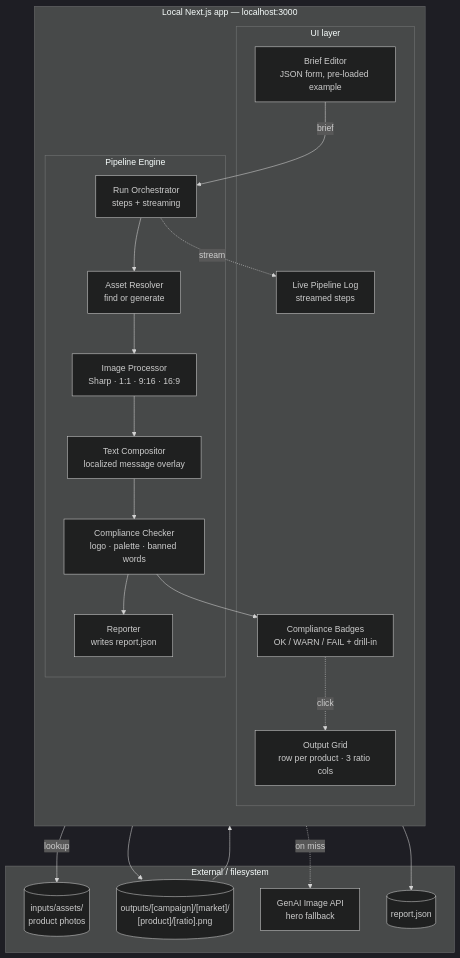
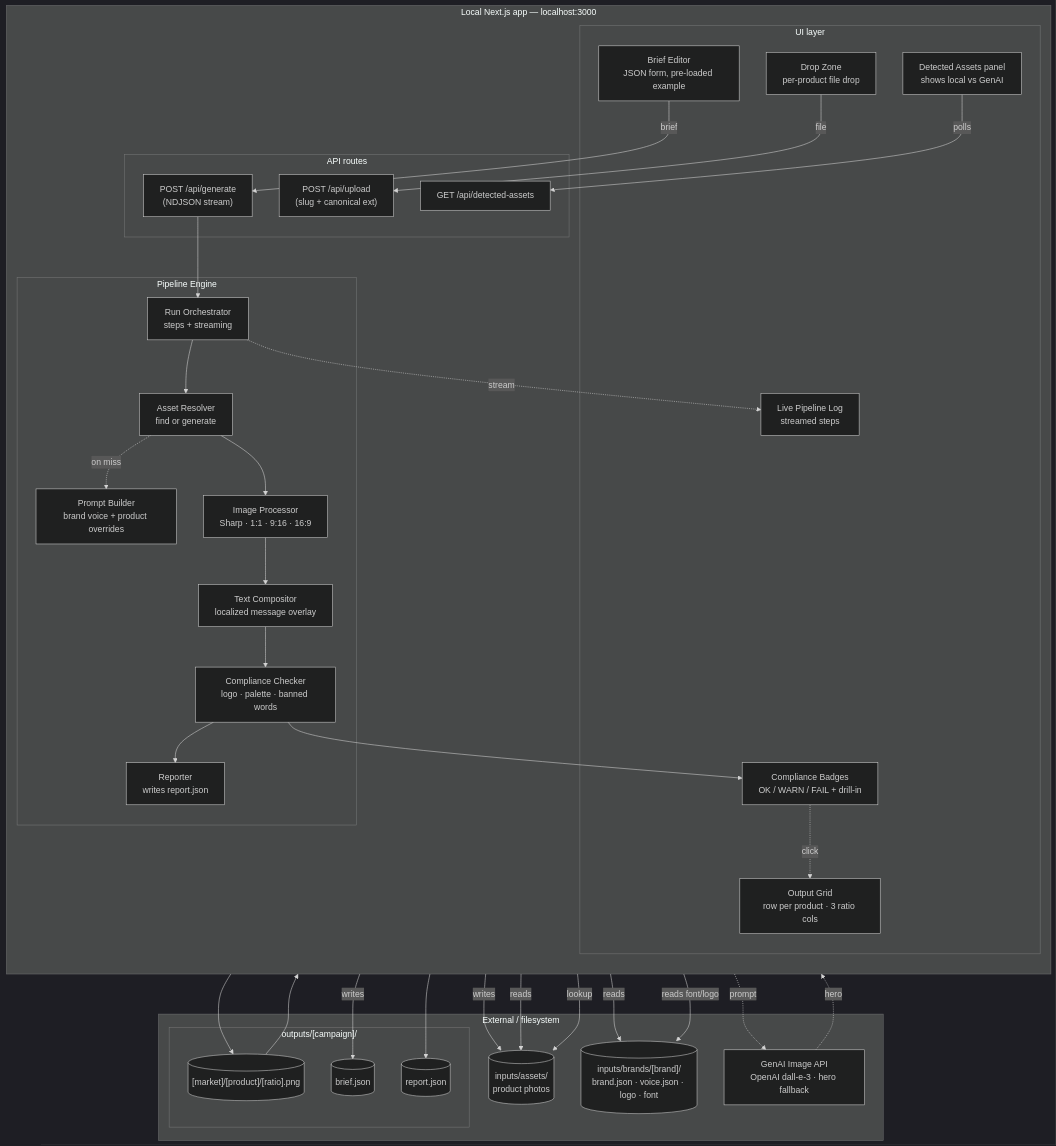
The third of 5 diagrams in docs/system-map.md (arndvs/cast), drawn with Mermaid (dark theme) before and after one commit. The commit also changed other lines of this file, not shown here.

Commit message:
docs(system-map): nest report.json, add upload+detected flow, brand profile
- Capitalize 'Same system, three lenses.'
- Nest brief.json/report.json/outputs under outputs/[campaign]/ cluster
- Add Drop Zone + Detected Assets panel + API routes (upload, detected, generate)
- Add inputs/brands/[brand]/ profile node read by Resolver/Prompt Builder/Compositor
- Add Prompt Builder subsystem (brand voice + product overrides → GenAI)
- Coverage table now reports drop/detected/brand-profile/brief.json verbs

````diff
--- a/docs/system-map.md
+++ b/docs/system-map.md
@@ -84,44 +84,67 @@
 ```mermaid
 graph TB
     subgraph External["External / filesystem"]
         Inputs[("inputs/assets/<br/>product photos")]
-        Outputs[("outputs/[campaign]/[market]/<br/>[product]/[ratio].png")]
-        GenAI["GenAI Image API<br/>hero fallback"]
-        ReportFile[("report.json")]
+        BrandProfile[("inputs/brands/[brand]/<br/>brand.json · voice.json · logo · font")]
+        subgraph CampaignOut["outputs/[campaign]/"]
+            Outputs[("[market]/[product]/[ratio].png")]
+            BriefFile[("brief.json")]
+            ReportFile[("report.json")]
+        end
+        GenAI["GenAI Image API<br/>OpenAI dall-e-3 · hero fallback"]
     end
 
     subgraph App["Local Next.js app — localhost:3000"]
         direction TB
 
         subgraph UI["UI layer"]
             Editor["Brief Editor<br/>JSON form, pre-loaded example"]
+            DropZone["Drop Zone<br/>per-product file drop"]
+            DetectedPanel["Detected Assets panel<br/>shows local vs GenAI"]
             LogView["Live Pipeline Log<br/>streamed steps"]
             Grid["Output Grid<br/>row per product · 3 ratio cols"]
             BadgeUI["Compliance Badges<br/>OK / WARN / FAIL + drill-in"]
         end
 
+        subgraph API["API routes"]
+            UploadAPI["POST /api/upload<br/>(slug + canonical ext)"]
+            DetectedAPI["GET /api/detected-assets"]
+            GenerateAPI["POST /api/generate<br/>(NDJSON stream)"]
+        end
+
         subgraph Engine["Pipeline Engine"]
             Orchestrator["Run Orchestrator<br/>steps + streaming"]
             Resolver["Asset Resolver<br/>find or generate"]
+            PromptBuilder["Prompt Builder<br/>brand voice + product overrides"]
             Resizer["Image Processor<br/>Sharp · 1:1 · 9:16 · 16:9"]
             Compositor["Text Compositor<br/>localized message overlay"]
             Checker["Compliance Checker<br/>logo · palette · banned words"]
             Reporter["Reporter<br/>writes report.json"]
         end
     end
 
-    Editor -->|brief| Orchestrator
+    Editor -->|brief| GenerateAPI
+    DropZone -->|file| UploadAPI
+    UploadAPI -->|writes| Inputs
+    DetectedPanel -->|polls| DetectedAPI
+    DetectedAPI -->|reads| Inputs
+    GenerateAPI --> Orchestrator
     Orchestrator --> Resolver
     Resolver -->|lookup| Inputs
-    Resolver -.->|on miss| GenAI
+    Resolver -.->|on miss| PromptBuilder
+    PromptBuilder -->|reads| BrandProfile
+    PromptBuilder -.->|prompt| GenAI
+    GenAI -.->|hero| Resolver
     Resolver --> Resizer
     Resizer --> Compositor
+    Compositor -->|reads font/logo| BrandProfile
     Compositor --> Checker
     Compositor --> Outputs
+    Orchestrator -->|writes| BriefFile
     Checker --> Reporter
     Reporter --> ReportFile
     Orchestrator -.->|stream| LogView
     Outputs --> Grid
     Checker --> BadgeUI
     BadgeUI -.->|click| Grid
 ```
````
